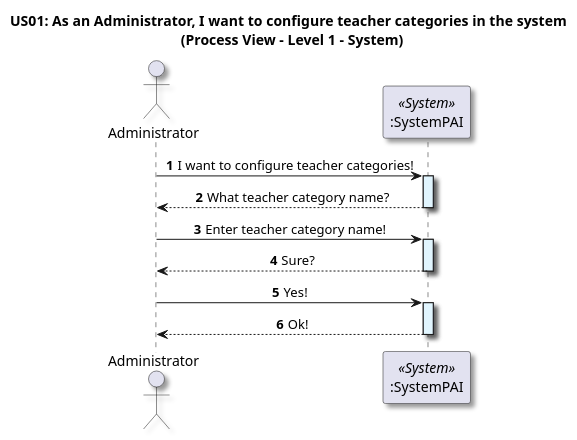
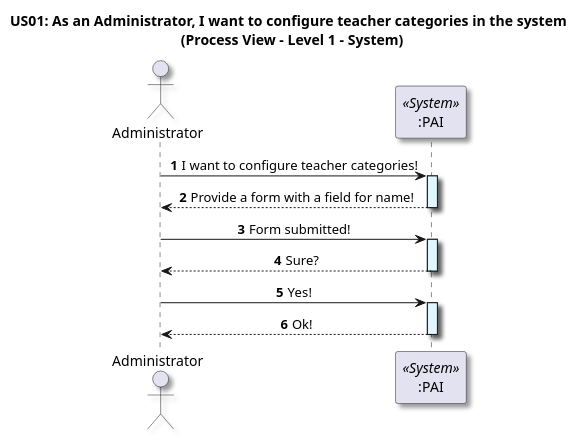
Before and after one commit to GasparISEP/DevOps-PAI: the diagram in docs/US01/Sprint6_RestAPI/ProcessView/Level1.puml, drawn with PlantUML. The commit also changed 2 other files, not shown here.

```diff
--- a/docs/US01/Sprint6_RestAPI/ProcessView/Level1.puml
+++ b/docs/US01/Sprint6_RestAPI/ProcessView/Level1.puml
@@ -1,30 +1,30 @@
 @startuml
 
 title US01: As an Administrator, I want to configure teacher categories in the system \n (Process View - Level 1 - System)
 
 skinparam defaultTextAlignment center
 skinparam shadowing true
 
 autonumber
 
 actor Administrator as admin
-participant ":SystemPAI" as System <<System>>
+participant ":PAI" as System <<System>>
 
 admin -> System: I want to configure teacher categories!
 activate System #E1F5FE
 
-System --> admin: What teacher category name?
+System --> admin: Provide a form with a field for name!
 deactivate System
 
-admin -> System: Enter teacher category name!
+admin -> System: Form submitted!
 activate System #E1F5FE
 
 System --> admin: Sure?
 deactivate System
 
 admin -> System: Yes!
 activate System #E1F5FE
 
 System --> admin: Ok!
 deactivate System
 @enduml
```
